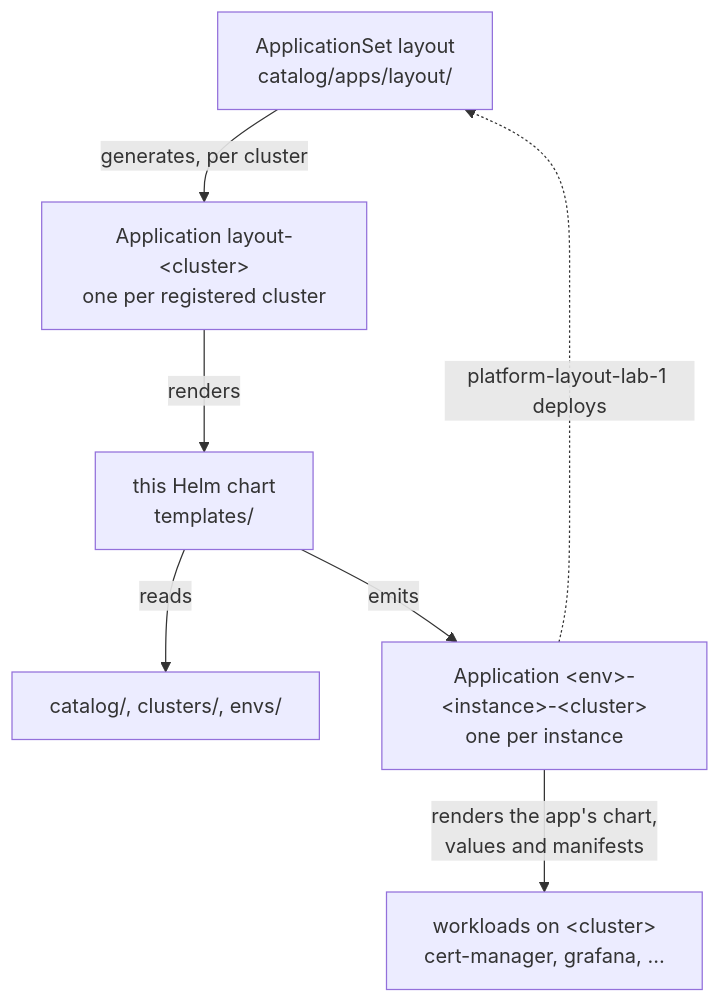
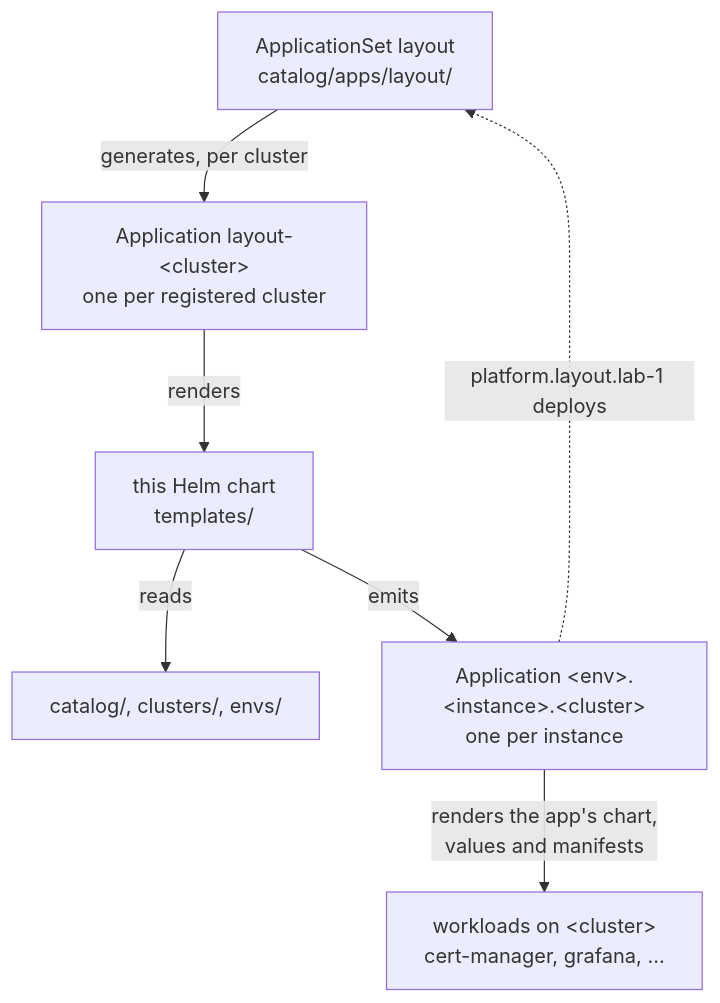
The diagram in examples/README.md (therealm-tech/argocd-layout-spec), drawn with Mermaid before and after one commit. The commit also changed other lines of this file and 102 other files, not shown here.

````diff
--- a/examples/README.md
+++ b/examples/README.md
@@ -30,16 +30,16 @@
 ```mermaid
 flowchart TB
     appset["ApplicationSet layout<br/>catalog/apps/layout/"]
     parent["Application layout-&lt;cluster&gt;<br/>one per registered cluster"]
     chart["this Helm chart<br/>templates/"]
     files["catalog/, clusters/, envs/"]
-    child["Application &lt;env&gt;-&lt;instance&gt;-&lt;cluster&gt;<br/>one per instance"]
+    child["Application &lt;env&gt;.&lt;instance&gt;.&lt;cluster&gt;<br/>one per instance"]
     workloads["workloads on &lt;cluster&gt;<br/>cert-manager, grafana, …"]
 
     appset -->|"generates, per cluster"| parent
     parent -->|"renders"| chart
     chart -->|"reads"| files
     chart -->|"emits"| child
     child -->|"renders the app's chart,<br/>values and manifests"| workloads
-    child -.->|"platform-layout-lab-1 deploys"| appset
+    child -.->|"platform.layout.lab-1 deploys"| appset
 ```
````
